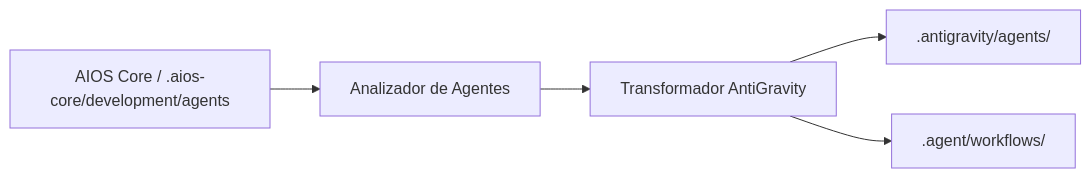
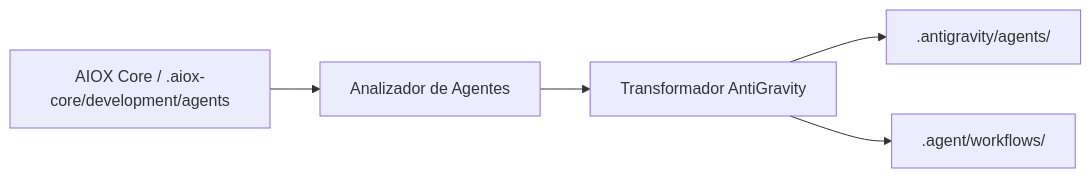
One commit to bychrisr/aios-docs changed the diagram in content/es/docs/platforms/antigravity.mdx. Above: the diagram before and after it, drawn with Mermaid. The commit also changed other lines of this file and 564 other files, not shown here.

Commit message:
chore(sync): auto-sync from aios-core 2026-03-05 [skip ci]

````diff
--- a/content/es/docs/platforms/antigravity.mdx
+++ b/content/es/docs/platforms/antigravity.mdx
@@ -355,7 +355,7 @@
 ```mermaid
 flowchart LR
-    Source["AIOS Core / .aios-core/development/agents"] --> Parser["Analizador de Agentes"]
+    Source["AIOX Core / .aiox-core/development/agents"] --> Parser["Analizador de Agentes"]
     Parser --> Transform["Transformador AntiGravity"]
     Transform --> Agents[".antigravity/agents/"]
     Transform --> Workflows[".agent/workflows/"]
 ```
````
